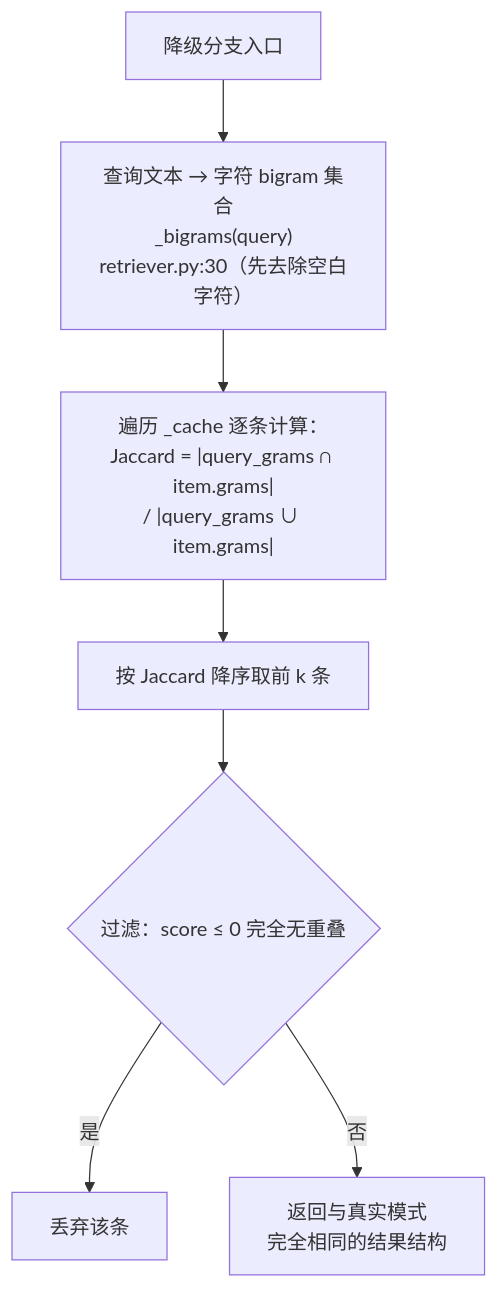
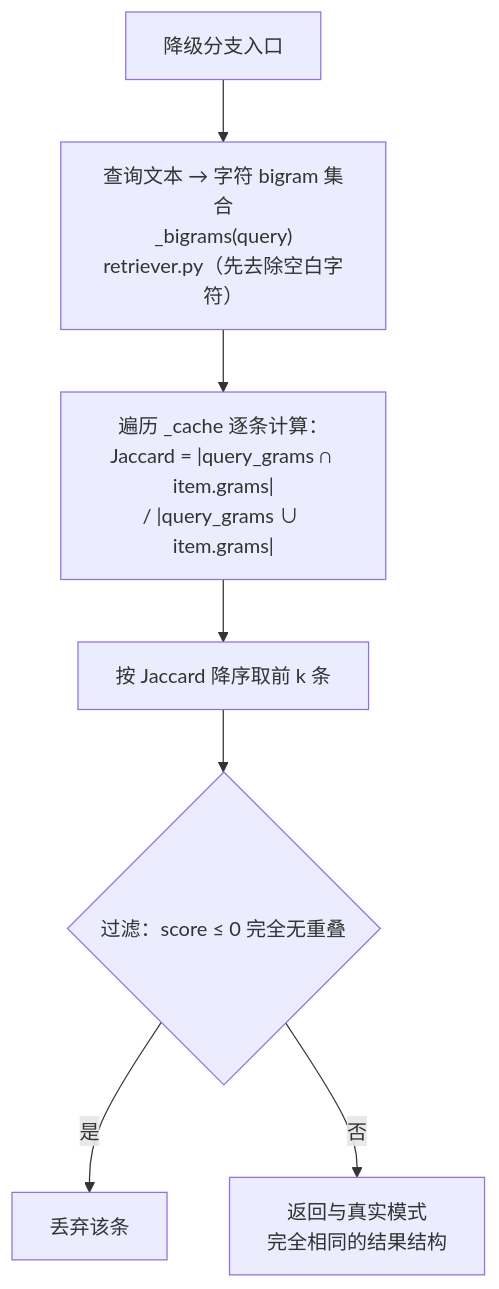
Before and after one commit to pandaadsas/zhuan-cloud: the fourth of 4 diagrams in docs/RAG检索实现分析.md, drawn with Mermaid. The commit also changed other lines of this file and 5 other files, not shown here.

````diff
--- a/docs/RAG检索实现分析.md
+++ b/docs/RAG检索实现分析.md
@@ -136,9 +136,9 @@
 ```mermaid
 flowchart TD
-    A["降级分支入口"] --> B["查询文本 → 字符 bigram 集合<br/>_bigrams(query)<br/>retriever.py:30（先去除空白字符）"]
+    A["降级分支入口"] --> B["查询文本 → 字符 bigram 集合<br/>_bigrams(query)<br/>retriever.py（先去除空白字符）"]
     B --> C["遍历 _cache 逐条计算：<br/>Jaccard = |query_grams ∩ item.grams|<br/>/ |query_grams ∪ item.grams|"]
     C --> D["按 Jaccard 降序取前 k 条"]
     D --> E{"过滤：score ≤ 0 完全无重叠"}
     E -- 是 --> F["丢弃该条"]
     E -- 否 --> G["返回与真实模式<br/>完全相同的结果结构"]
 ```
````
